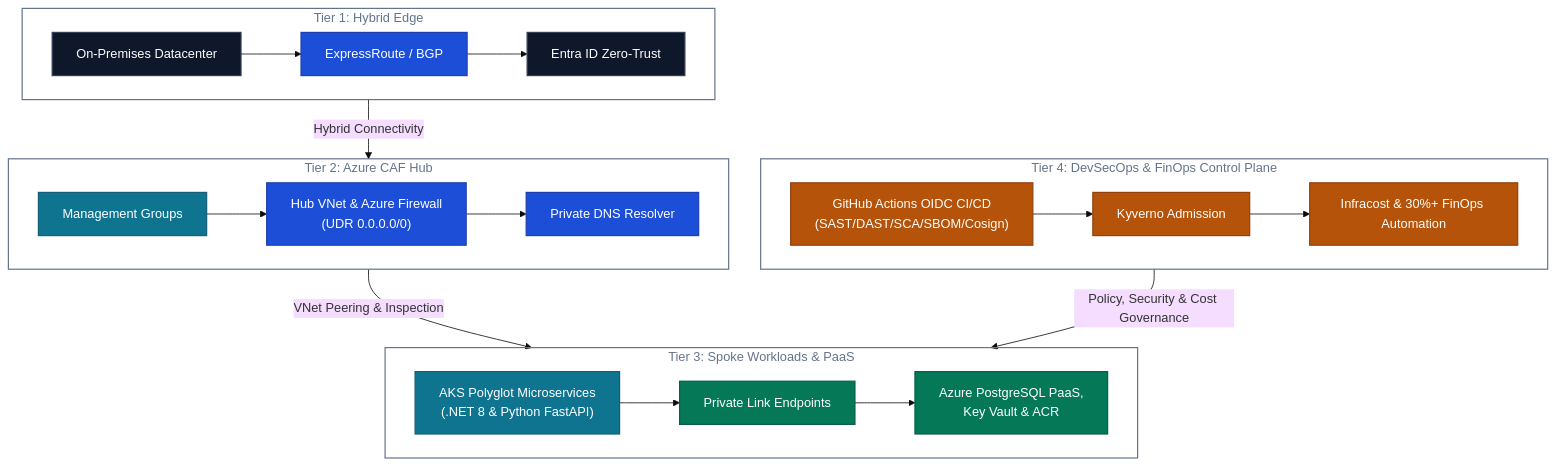
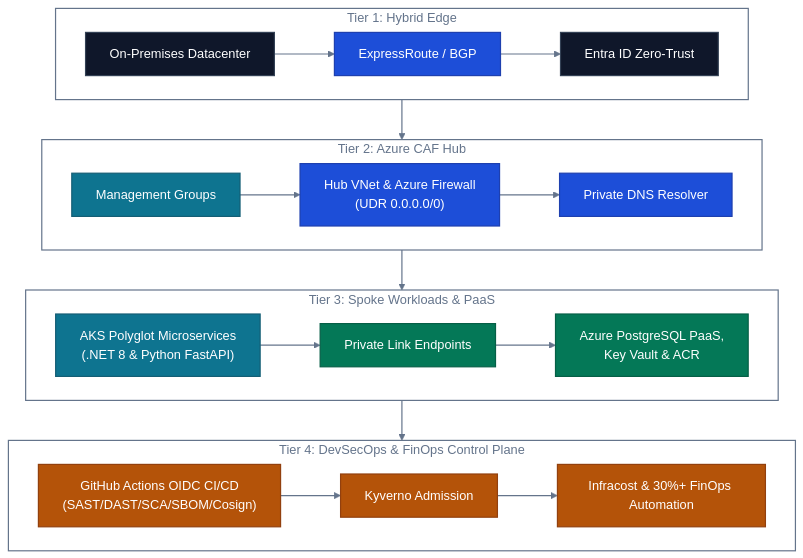
One commit to rahulgoyaldevops/rahulgoyaldevops changed the diagram in README.md. Above: the diagram before and after it, drawn with Mermaid.

````diff
--- a/README.md
+++ b/README.md
@@ -93,44 +93,44 @@
 ```mermaid
 %%{init: {'theme': 'base', 'flowchart': {'curve': 'basis', 'nodeSpacing': 40, 'rankSpacing': 50}}}%%
 flowchart TB
   subgraph T1["Tier 1: Hybrid Edge"]
     direction LR
     OP["On-Premises Datacenter"] --> ER["ExpressRoute / BGP"] --> ID["Entra ID Zero-Trust"]
   end
 
   subgraph T2["Tier 2: Azure CAF Hub"]
     direction LR
     MG["Management Groups"] --> HUB["Hub VNet & Azure Firewall<br/>(UDR 0.0.0.0/0)"] --> DNS["Private DNS Resolver"]
   end
 
   subgraph T3["Tier 3: Spoke Workloads & PaaS"]
     direction LR
     AKS["AKS Polyglot Microservices<br/>(.NET 8 & Python FastAPI)"] --> PE["Private Link Endpoints"] --> PAAS["Azure PostgreSQL PaaS,<br/>Key Vault & ACR"]
   end
 
   subgraph T4["Tier 4: DevSecOps & FinOps Control Plane"]
     direction LR
     CI["GitHub Actions OIDC CI/CD<br/>(SAST/DAST/SCA/SBOM/Cosign)"] --> KYV["Kyverno Admission"] --> FIN["Infracost & 30%+ FinOps Automation"]
   end
 
-  T1 -->|"Hybrid Connectivity"| T2
-  T2 -->|"VNet Peering & Inspection"| T3
-  T4 -->|"Policy, Security & Cost Governance"| T3
-
+  T1 --> T2
+  T2 --> T3
+  T3 --> T4
+  linkStyle default stroke:#64748B,stroke-width:1.5px
   classDef cobalt fill:#1D4ED8,stroke:#1E40AF,color:#FFFFFF,stroke-width:1.5px
   classDef slate fill:#0F172A,stroke:#334155,color:#FFFFFF,stroke-width:1.5px
   classDef emerald fill:#047857,stroke:#065F46,color:#FFFFFF,stroke-width:1.5px
   classDef teal fill:#0E7490,stroke:#155E75,color:#FFFFFF,stroke-width:1.5px
   classDef amber fill:#B45309,stroke:#92400E,color:#FFFFFF,stroke-width:1.5px
 
   class OP,ID slate
   class ER,HUB,DNS cobalt
   class MG,AKS teal
   class PE,PAAS emerald
   class CI,KYV,FIN amber
 
   style T1 fill:transparent,stroke:#64748B,stroke-width:1.5px,color:#64748B
   style T2 fill:transparent,stroke:#64748B,stroke-width:1.5px,color:#64748B
   style T3 fill:transparent,stroke:#64748B,stroke-width:1.5px,color:#64748B
   style T4 fill:transparent,stroke:#64748B,stroke-width:1.5px,color:#64748B
 ```
````
